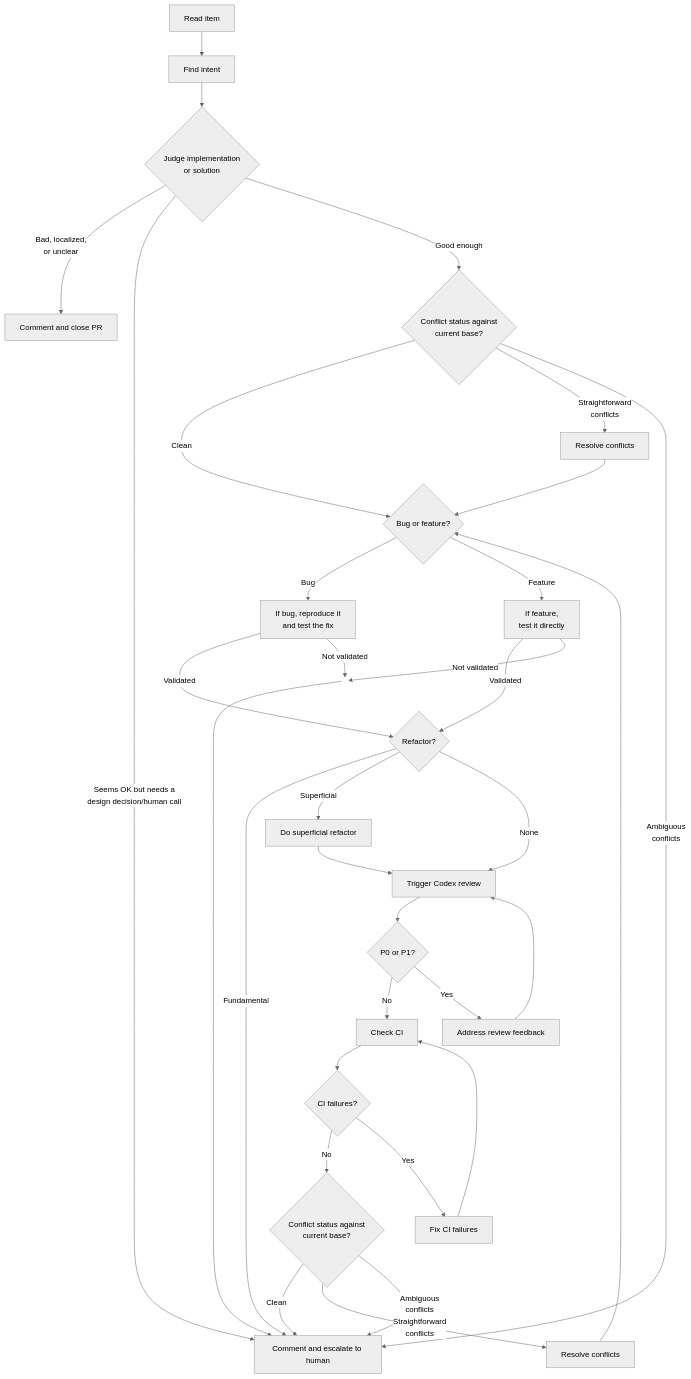
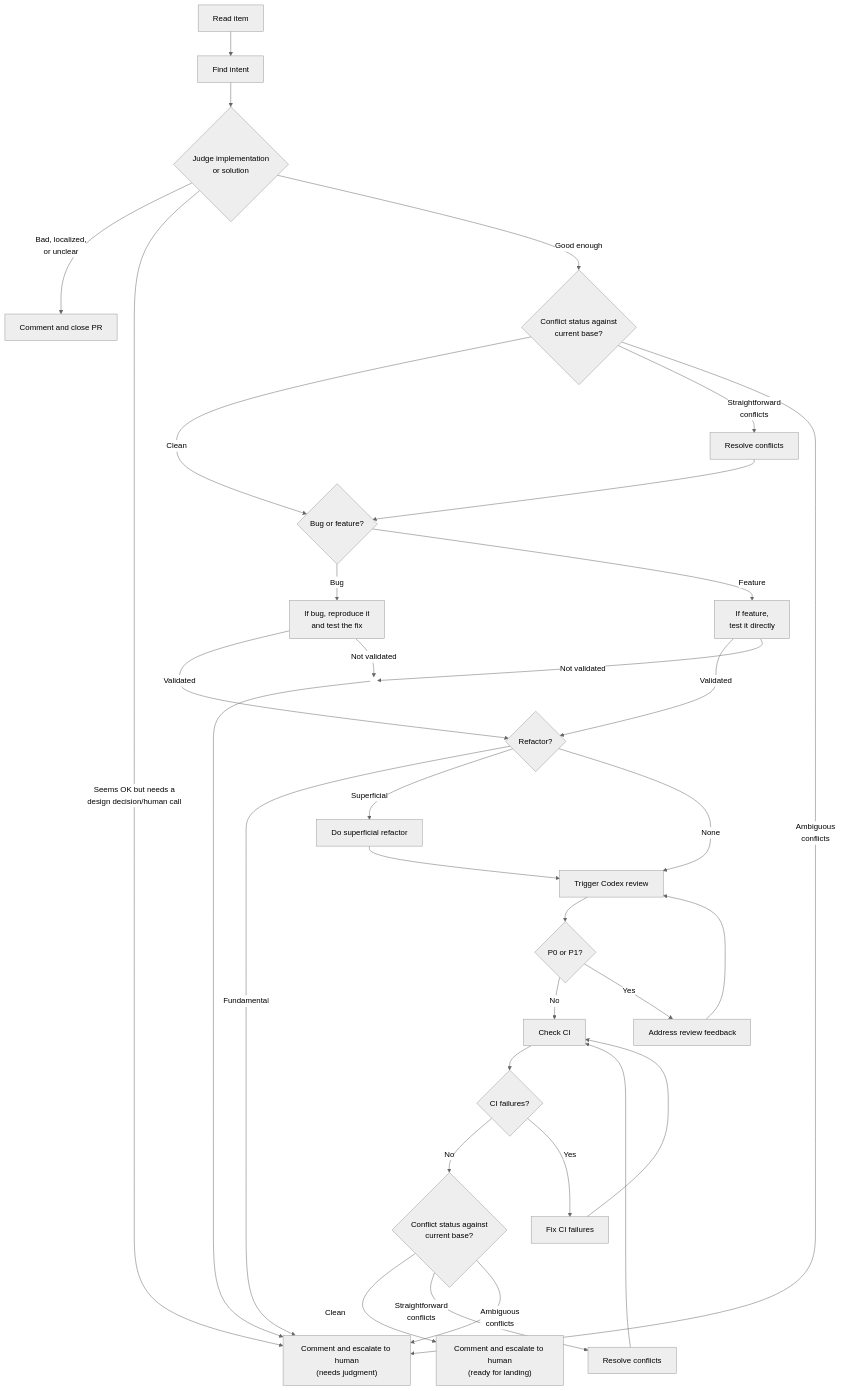
One commit to openclaw/acpx changed the diagram in examples/flows/pr-triage/README.md. Above: the diagram before and after it, drawn with Mermaid (neutral theme). The commit also changed other lines of this file, not shown here.

Commit message:
docs: refine pr triage human escalation lanes

````diff
--- a/examples/flows/pr-triage/README.md
+++ b/examples/flows/pr-triage/README.md
@@ -5,45 +5,45 @@
 ```mermaid
 flowchart TD
     classDef hidden fill:none,stroke:none,color:none,stroke-width:0px;
     A[Read item] --> B[Find intent]
     B --> C{"Judge implementation<br/>or solution"}
 
     C -->|"Bad, localized,<br/>or unclear"| D[Comment and close PR]
-    C -->|"Seems OK but needs a<br/>design decision/human call"| E[Comment and escalate to human]
+    C -->|"Seems OK but needs a<br/>design decision/human call"| E["Comment and escalate to human<br/>(needs judgment)"]
     C -->|Good enough| M{"Conflict status against<br/>current base?"}
 
     M -->|Clean| V{Bug or feature?}
     M -->|"Straightforward<br/>conflicts"| O[Resolve conflicts]
     O --> V
     M -->|"Ambiguous<br/>conflicts"| E
 
     V -->|Bug| P[If bug, reproduce it<br/>and test the fix]
     V -->|Feature| T[If feature,<br/>test it directly]
 
     P -->|Validated| F{Refactor?}
     T -->|Validated| F
     P -->|"Not validated"| X(( ))
     T -->|"Not validated"| X
     X --> E
     X ~~~ F
     class X hidden
 
     F -->|Fundamental| E
     F -->|Superficial| R[Do superficial refactor]
     F -->|None| G[Trigger Codex review]
     R --> G
 
     G --> H{P0 or P1?}
     H -->|No| J[Check CI]
     H -->|Yes| I[Address review feedback]
     I --> G
     J --> K{CI failures?}
     K -->|No| Q{"Conflict status against<br/>current base?"}
     K -->|Yes| L[Fix CI failures]
     L --> J
 
-    Q -->|Clean| E
+    Q -->|Clean| W["Comment and escalate to human<br/>(ready for landing)"]
     Q -->|"Straightforward<br/>conflicts"| U[Resolve conflicts]
-    U --> V
+    U --> J
     Q -->|"Ambiguous<br/>conflicts"| E
 ```
````
